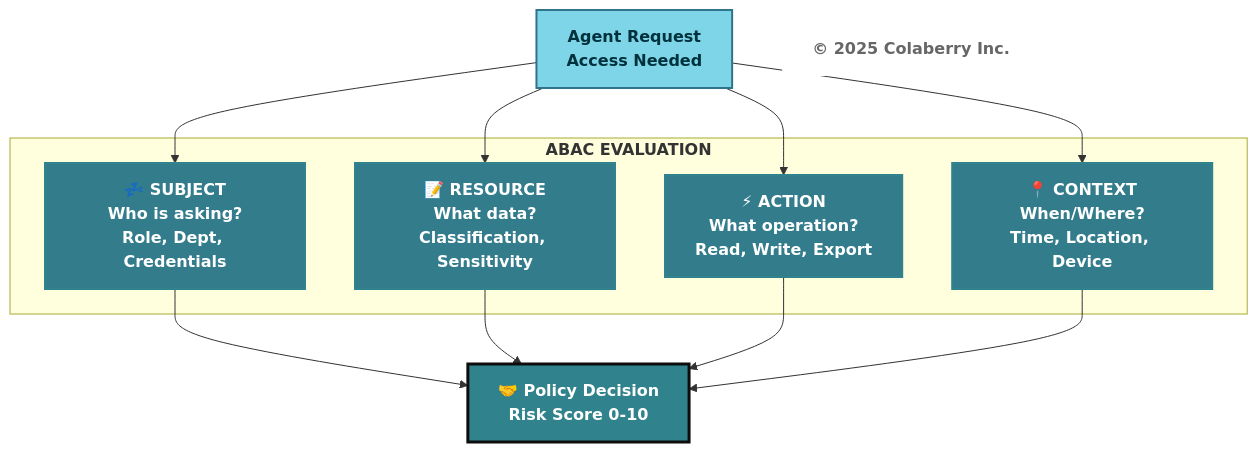
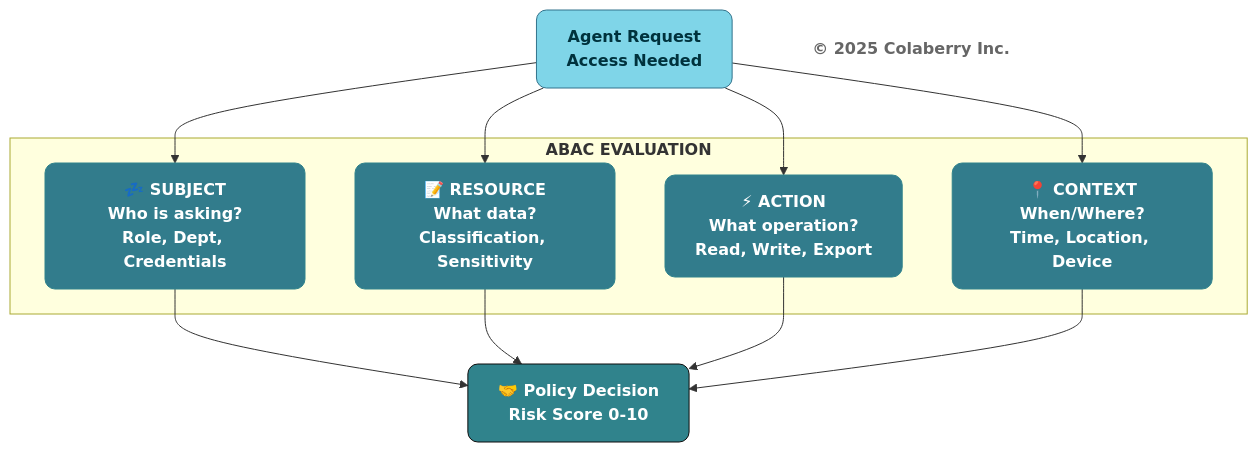
The fifth of 14 diagrams in manuscript/07_chapter_6_transparency_orchestration_layers.md (colaberry/trust-before-intelligence-book), drawn with Mermaid before and after one commit. The commit also changed other lines of this file and 12 other files, not shown here.

````diff
--- a/manuscript/07_chapter_6_transparency_orchestration_layers.md
+++ b/manuscript/07_chapter_6_transparency_orchestration_layers.md
@@ -412,32 +412,32 @@
 ```mermaid
 graph TB
     Query["<b>Agent Request</b><br/><b>Access Needed</b>"]
     
     subgraph "<b>ABAC EVALUATION</b>"
         S["<b>💤 SUBJECT</b><br/><b>Who is asking?</b><br/><b>Role, Dept, Credentials</b>"]
         R["<b>📝 RESOURCE</b><br/><b>What data?</b><br/><b>Classification, Sensitivity</b>"]
         A["<b>⚡ ACTION</b><br/><b>What operation?</b><br/><b>Read, Write, Export</b>"]
         C["<b>📍 CONTEXT</b><br/><b>When/Where?</b><br/><b>Time, Location, Device</b>"]
     end
     
     Policy["<b>🤝 Policy Decision</b><br/><b>Risk Score 0-10</b>"]
     
     Copyright["<b>© 2025 Colaberry Inc.</b>"]
     
     Query --> S
     Query --> R
     Query --> A
     Query --> C
     S --> Policy
     R --> Policy
     A --> Policy
     C --> Policy
     
-    style Query fill:#7FD5E8,stroke:#32738C,stroke-width:2px,color:#00323D
-    style S fill:#327C8C,stroke:#30838C,stroke-width:2px,color:#ffffff
-    style R fill:#327C8C,stroke:#30838C,stroke-width:2px,color:#ffffff
-    style A fill:#327C8C,stroke:#30838C,stroke-width:2px,color:#ffffff
-    style C fill:#327C8C,stroke:#30838C,stroke-width:2px,color:#ffffff
-    style Policy fill:#30838C,color:#ffffff,stroke:#0D0D0D,stroke-width:3px
-    style Copyright fill:#ffffff,stroke:none,color:#666666
+    style Query fill:#7FD5E8,stroke:#32738C,stroke-width:1px,color:#00323D,rx:10,ry:10
+    style S fill:#327C8C,stroke:#30838C,stroke-width:1px,color:#ffffff,rx:10,ry:10
+    style R fill:#327C8C,stroke:#30838C,stroke-width:1px,color:#ffffff,rx:10,ry:10
+    style A fill:#327C8C,stroke:#30838C,stroke-width:1px,color:#ffffff,rx:10,ry:10
+    style C fill:#327C8C,stroke:#30838C,stroke-width:1px,color:#ffffff,rx:10,ry:10
+    style Policy fill:#30838C,color:#ffffff,stroke:#0D0D0D,stroke-width:1px,rx:10,ry:10
+    style Copyright fill:none,stroke:none,color:#666666
 ```
````
